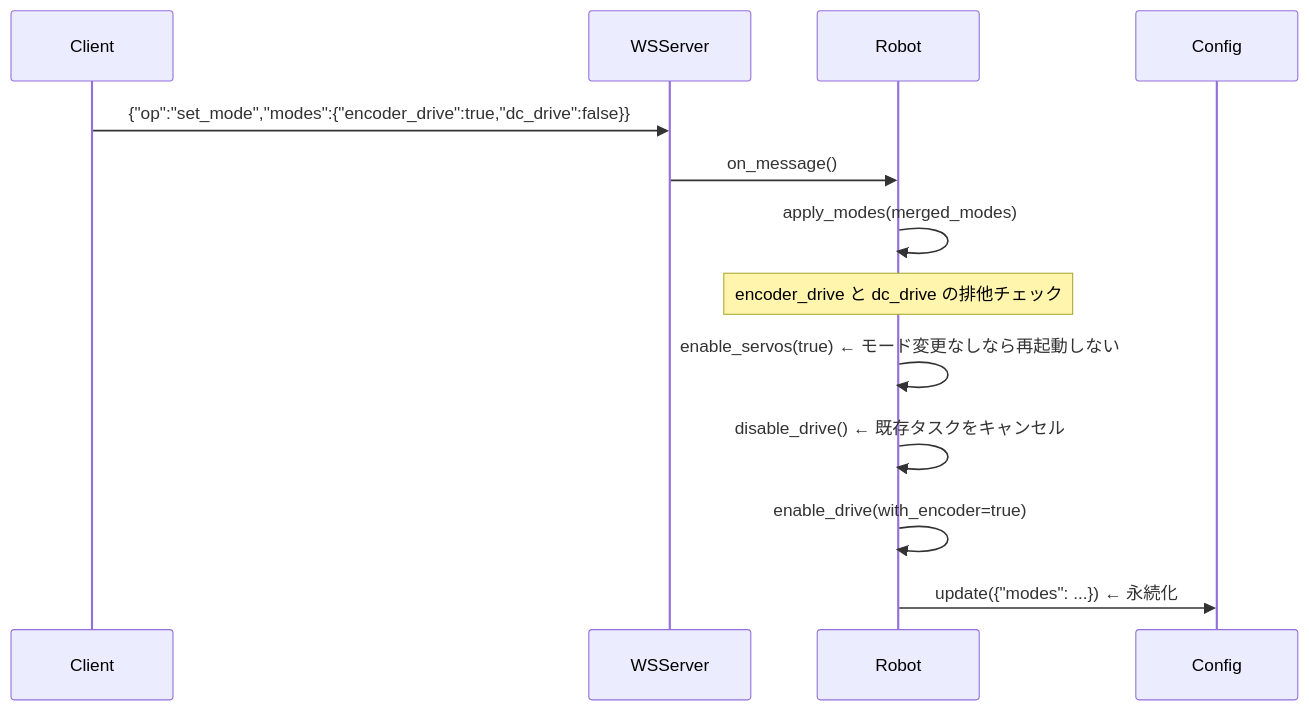
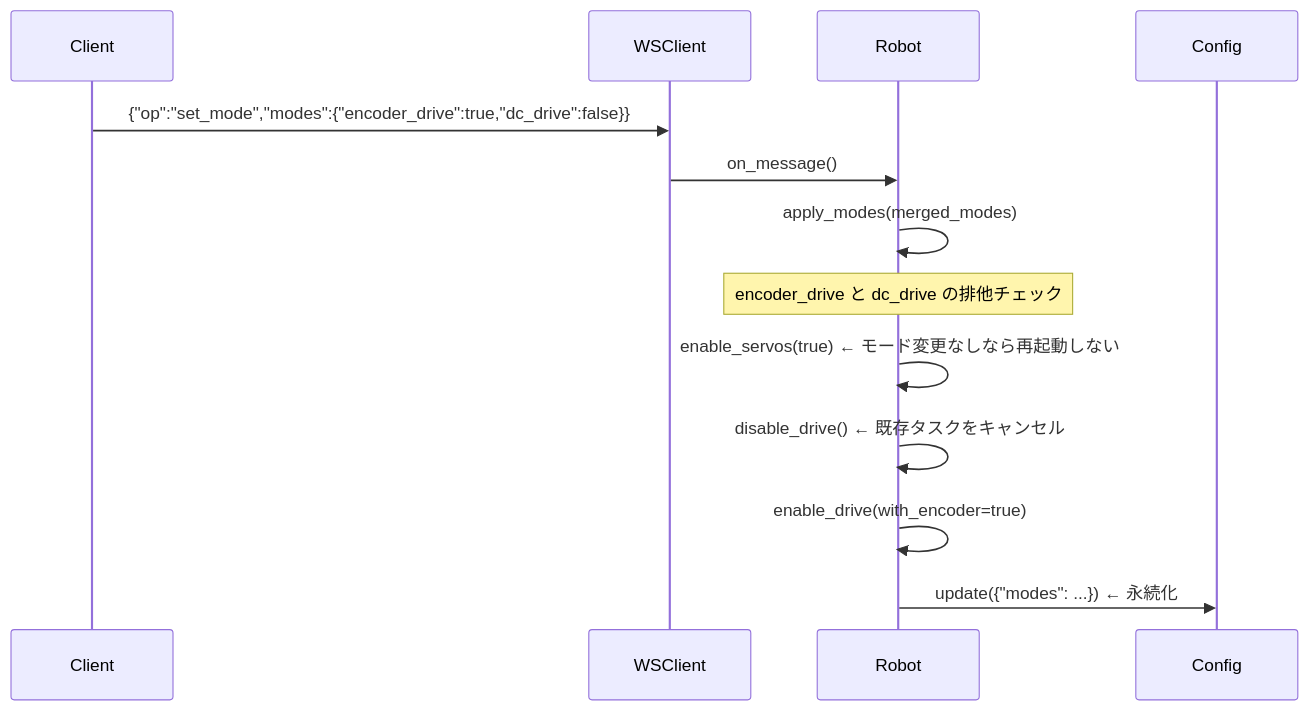
Before and after one commit to smabo-smartphone-robot/smabo-smartphone-robot.github.io: diagram 11 of 14 in docs/architecture/design.md, drawn with Mermaid. The commit also changed other lines of this file and 5 other files, not shown here.

````diff
--- a/docs/architecture/design.md
+++ b/docs/architecture/design.md
@@ -452,15 +477,15 @@
 ```mermaid
 sequenceDiagram
     participant Client
-    participant WSServer
+    participant WSClient
     participant Robot
 
-    Client->>WSServer: {"op":"set_mode","modes":{"encoder_drive":true,"dc_drive":false}}
-    WSServer->>Robot: on_message()
+    Client->>WSClient: {"op":"set_mode","modes":{"encoder_drive":true,"dc_drive":false}}
+    WSClient->>Robot: on_message()
     Robot->>Robot: apply_modes(merged_modes)
     Note over Robot: encoder_drive と dc_drive の排他チェック
     Robot->>Robot: enable_servos(true)  ← モード変更なしなら再起動しない
     Robot->>Robot: disable_drive()  ← 既存タスクをキャンセル
     Robot->>Robot: enable_drive(with_encoder=true)
     Robot->>Config: update({"modes": ...})  ← 永続化
 ```
````
